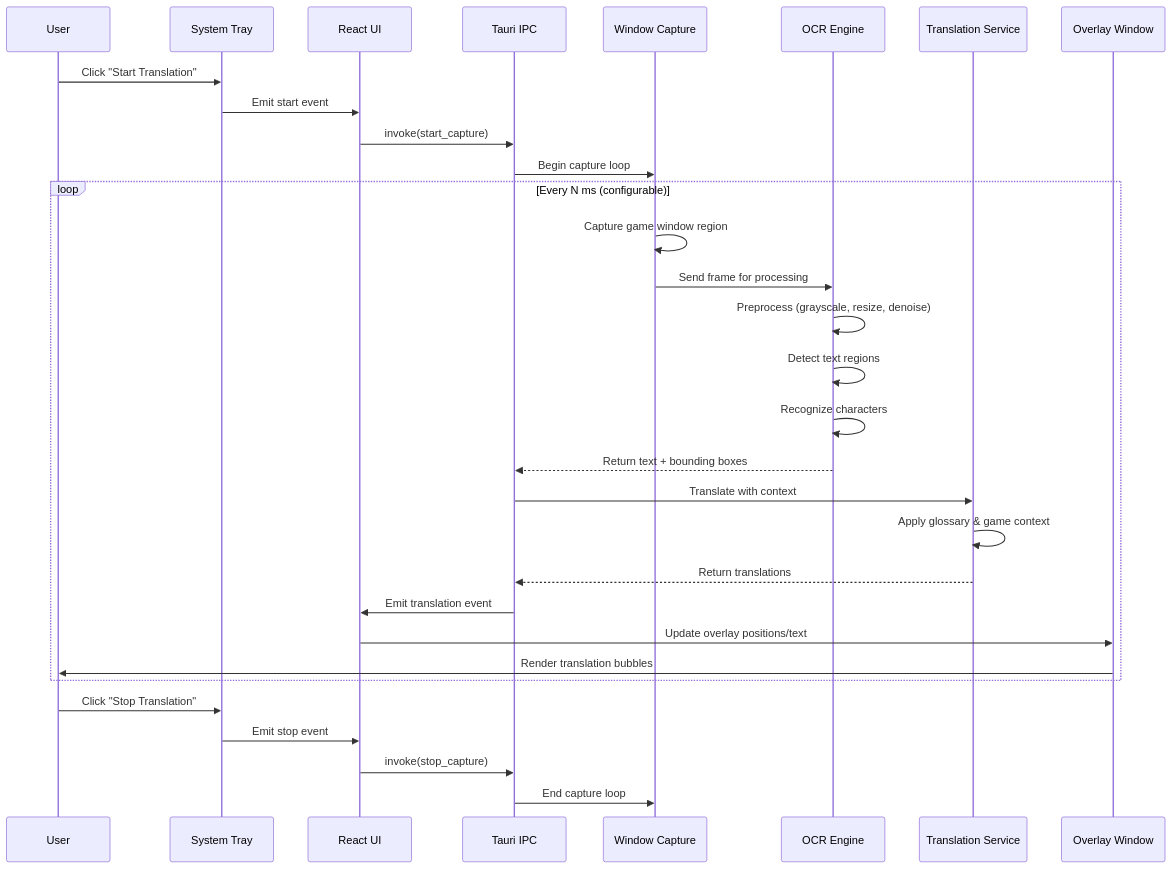
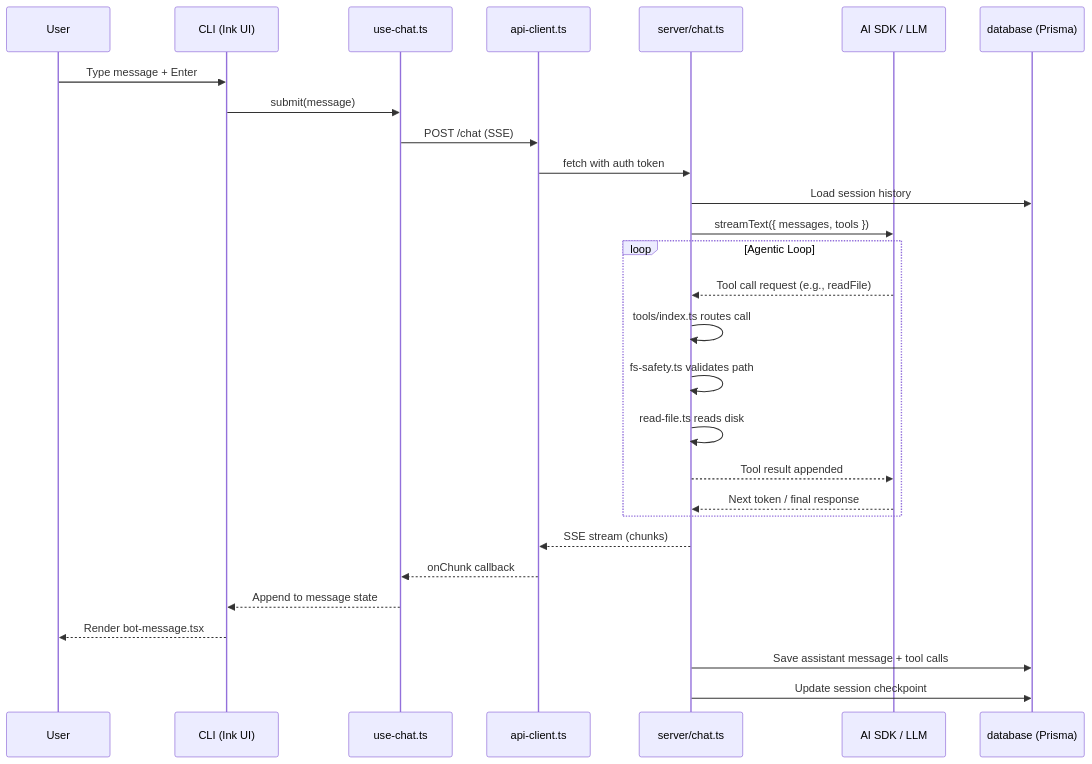
The fifth of 6 diagrams in README.md (D-engahmed/ancient), drawn with Mermaid before and after one commit. The commit also changed other lines of this file, not shown here.

````diff
--- a/README.md
+++ b/README.md
@@ -186,36 +485,34 @@
 ```mermaid
 sequenceDiagram
     participant User
-    participant Tray as System Tray
-    participant Frontend as React UI
-    participant IPC as Tauri IPC
-    participant Capture as Window Capture
-    participant OCR as OCR Engine
-    participant LLM as Translation Service
-    participant Overlay as Overlay Window
+    participant CLI as CLI (Ink UI)
+    participant Hook as use-chat.ts
+    participant API as api-client.ts
+    participant SRV as server/chat.ts
+    participant LLM as AI SDK / LLM
+    participant DB as database (Prisma)
 
-    User->>Tray: Click "Start Translation"
-    Tray->>Frontend: Emit start event
-    Frontend->>IPC: invoke(start_capture)
-    IPC->>Capture: Begin capture loop
+    User->>CLI: Type message + Enter
+    CLI->>Hook: submit(message)
+    Hook->>API: POST /chat (SSE)
+    API->>SRV: fetch with auth token
+    SRV->>DB: Load session history
+    SRV->>LLM: streamText({ messages, tools })
     
-    loop Every N ms (configurable)
-        Capture->>Capture: Capture game window region
-        Capture->>OCR: Send frame for processing
-        OCR->>OCR: Preprocess (grayscale, resize, denoise)
-        OCR->>OCR: Detect text regions
-        OCR->>OCR: Recognize characters
-        OCR-->>IPC: Return text + bounding boxes
-        IPC->>LLM: Translate with context
-        LLM->>LLM: Apply glossary & game context
-        LLM-->>IPC: Return translations
-        IPC->>Frontend: Emit translation event
-        Frontend->>Overlay: Update overlay positions/text
-        Overlay->>User: Render translation bubbles
+    loop Agentic Loop
+        LLM-->>SRV: Tool call request (e.g., readFile)
+        SRV->>SRV: tools/index.ts routes call
+        SRV->>SRV: fs-safety.ts validates path
+        SRV->>SRV: read-file.ts reads disk
+        SRV-->>LLM: Tool result appended
+        LLM-->>SRV: Next token / final response
     end
-    
-    User->>Tray: Click "Stop Translation"
-    Tray->>Frontend: Emit stop event
-    Frontend->>IPC: invoke(stop_capture)
-    IPC->>Capture: End capture loop
+
+    SRV-->>API: SSE stream (chunks)
+    API-->>Hook: onChunk callback
+    Hook-->>CLI: Append to message state
+    CLI-->>User: Render bot-message.tsx
+
+    SRV->>DB: Save assistant message + tool calls
+    SRV->>DB: Update session checkpoint
 ```
````
